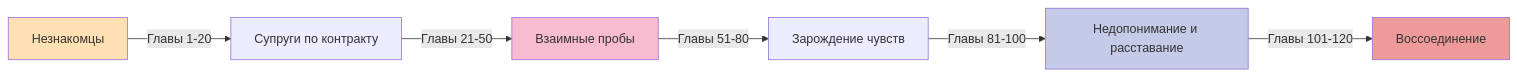
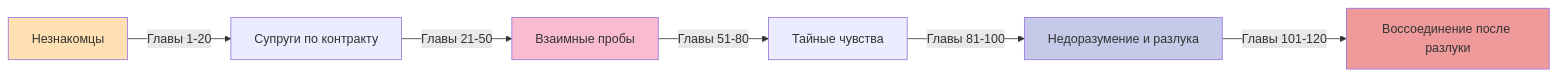
Before and after one commit to jakerdy/novel-writer-ru: the seventh of 9 diagrams in docs/novel-writing-guide.md, drawn with Mermaid. The commit also changed other lines of this file and 397 other files, not shown here.

````diff
--- a/docs/novel-writing-guide.md
+++ b/docs/novel-writing-guide.md
@@ -475,13 +473,13 @@
 ```mermaid
 graph LR
     A[Незнакомцы] -->|Главы 1-20| B[Супруги по контракту]
     B -->|Главы 21-50| C[Взаимные пробы]
-    C -->|Главы 51-80| D[Зарождение чувств]
-    D -->|Главы 81-100| E[Недопонимание и расставание]
-    E -->|Главы 101-120| F[Воссоединение]
+    C -->|Главы 51-80| D[Тайные чувства]
+    D -->|Главы 81-100| E[Недоразумение и разлука]
+    E -->|Главы 101-120| F[Воссоединение после разлуки]
 
     style A fill:#ffe0b2
     style C fill:#f8bbd0
     style E fill:#c5cae9
     style F fill:#ef9a9a
 ```
````
